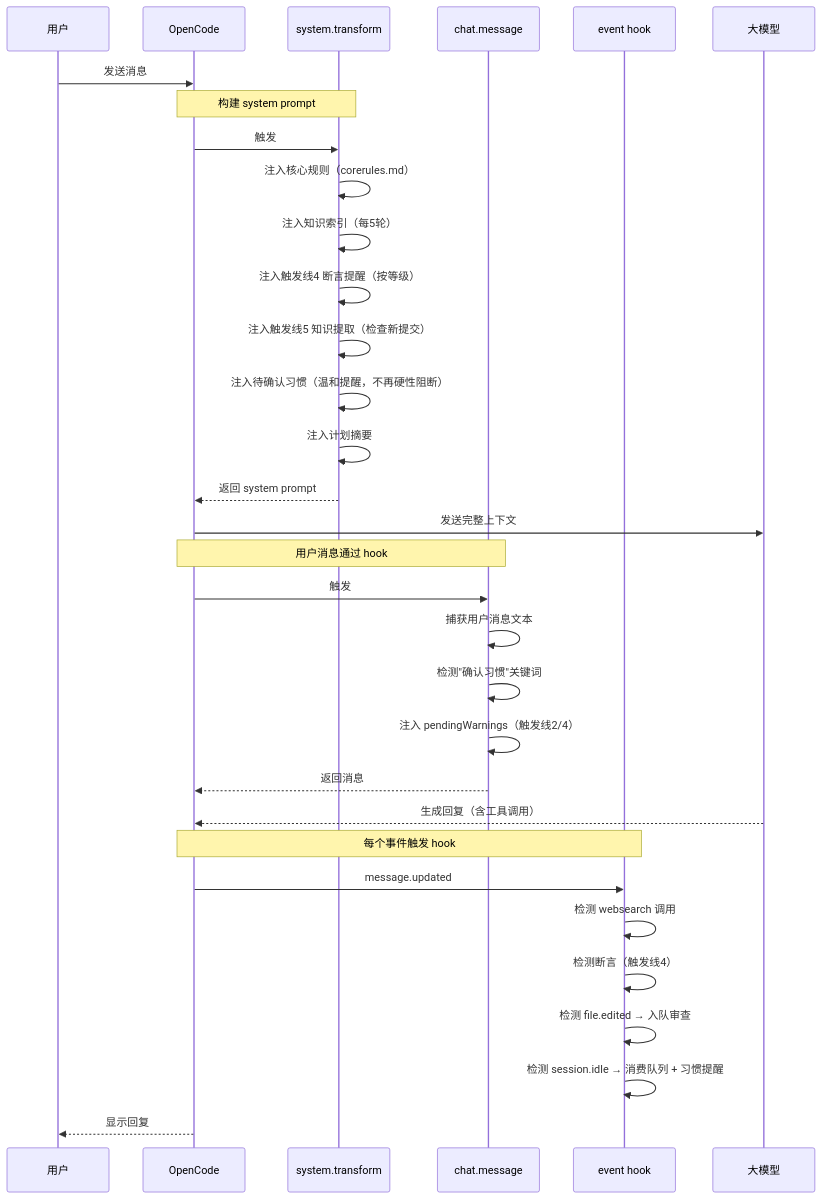
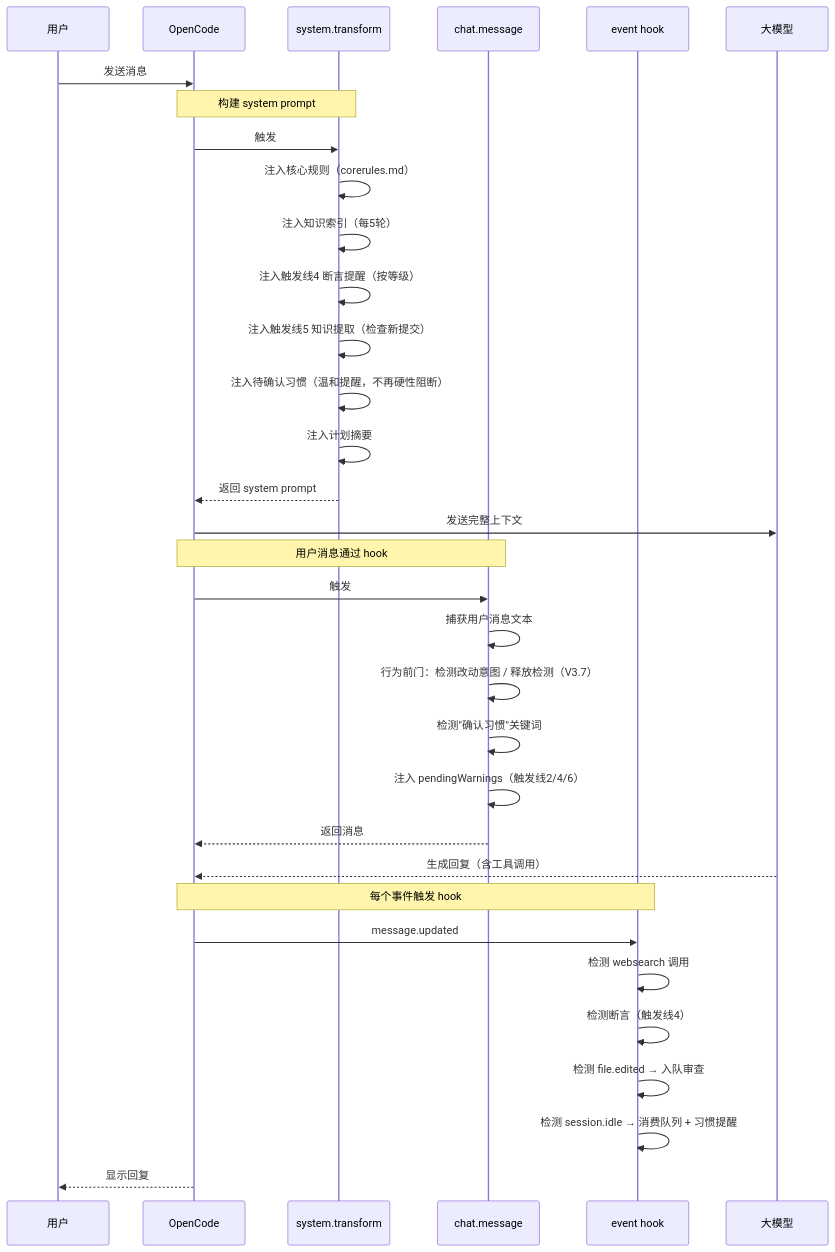
Before and after one commit to Max-Null/oc-plus: the second of 13 diagrams in 分形/机制说明.md, drawn with Mermaid. The commit also changed other lines of this file and 2 other files, not shown here.

First line of the commit message:
feat(分形): V3.7 行为前门 — grill-me 理念自动融入，检测改动意图强制对齐

````diff
--- a/分形/机制说明.md
+++ b/分形/机制说明.md
@@ -58,41 +59,42 @@
 ```mermaid
 sequenceDiagram
     participant U as 用户
     participant OC as OpenCode
     participant ST as system.transform
     participant CM as chat.message
     participant EV as event hook
     participant LLM as 大模型
 
     U->>OC: 发送消息
 
     Note over OC,ST: 构建 system prompt
     OC->>ST: 触发
     ST->>ST: 注入核心规则（corerules.md）
     ST->>ST: 注入知识索引（每5轮）
     ST->>ST: 注入触发线4 断言提醒（按等级）
     ST->>ST: 注入触发线5 知识提取（检查新提交）
     ST->>ST: 注入待确认习惯（温和提醒，不再硬性阻断）
     ST->>ST: 注入计划摘要
     ST-->>OC: 返回 system prompt
 
     OC->>LLM: 发送完整上下文
 
     Note over OC,CM: 用户消息通过 hook
     OC->>CM: 触发
     CM->>CM: 捕获用户消息文本
+    CM->>CM: 行为前门：检测改动意图 / 释放检测（V3.7）
     CM->>CM: 检测"确认习惯"关键词
-    CM->>CM: 注入 pendingWarnings（触发线2/4）
+    CM->>CM: 注入 pendingWarnings（触发线2/4/6）
     CM-->>OC: 返回消息
 
     LLM-->>OC: 生成回复（含工具调用）
 
     Note over OC,EV: 每个事件触发 hook
     OC->>EV: message.updated
     EV->>EV: 检测 websearch 调用
     EV->>EV: 检测断言（触发线4）
     EV->>EV: 检测 file.edited → 入队审查
     EV->>EV: 检测 session.idle → 消费队列 + 习惯提醒
 
     OC-->>U: 显示回复
 ```
````
